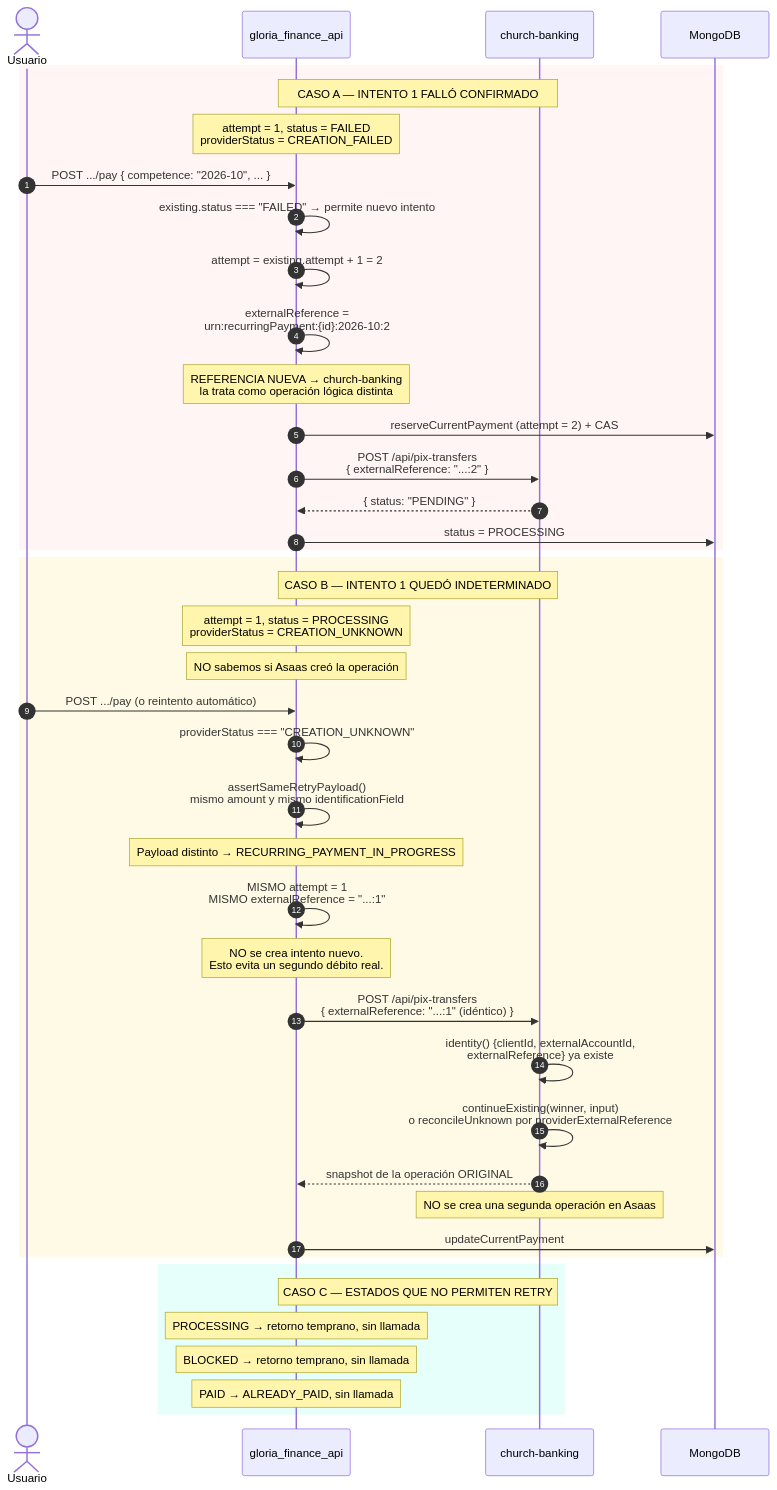
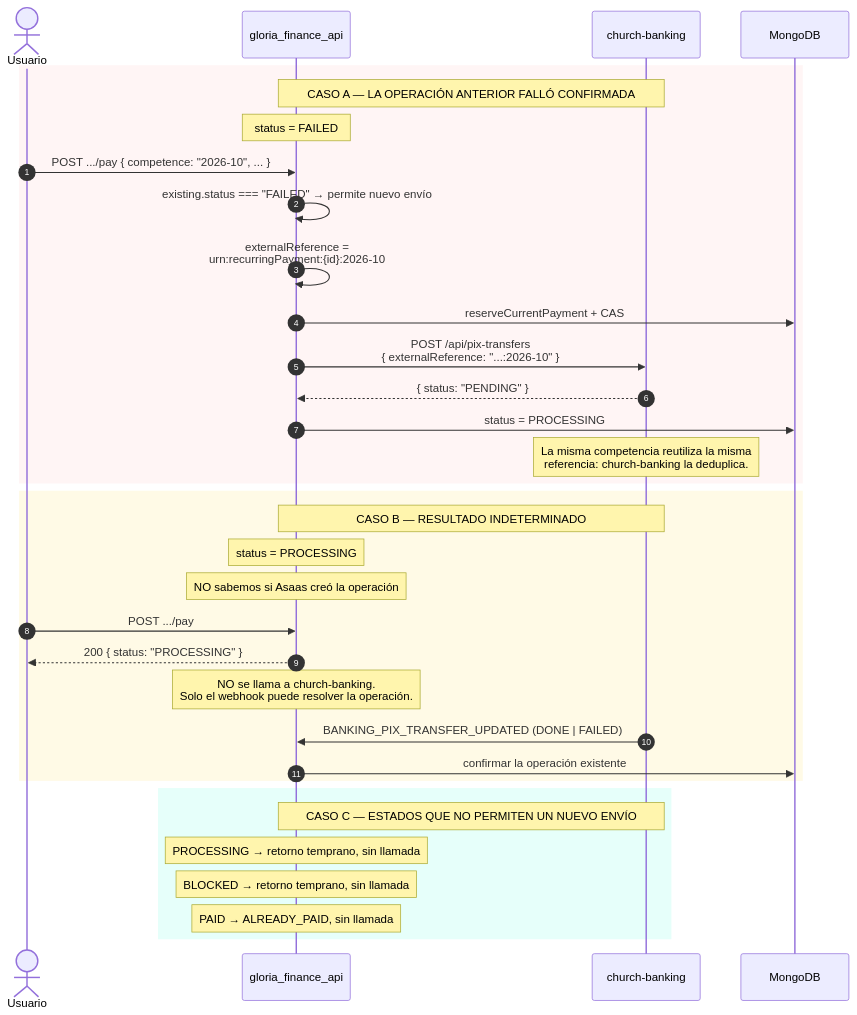
One commit to gloriafinance/gloria_finance_api changed diagram 12 of 18 in docs/recurring-payments-diagrams.md. Above: the diagram before and after it, drawn with Mermaid. The commit also changed other lines of this file and 31 other files, not shown here.

````diff
--- a/docs/recurring-payments-diagrams.md
+++ b/docs/recurring-payments-diagrams.md
@@ -512,52 +547,43 @@
 ```mermaid
 sequenceDiagram
     autonumber
     actor U as Usuario
     participant API as gloria_finance_api
     participant CB as church-banking
     participant DB as MongoDB
 
     rect rgb(255, 245, 245)
-    Note over API,CB: CASO A — INTENTO 1 FALLÓ CONFIRMADO
-    Note over API: attempt = 1, status = FAILED<br/>providerStatus = CREATION_FAILED
+    Note over API,CB: CASO A — LA OPERACIÓN ANTERIOR FALLÓ CONFIRMADA
+    Note over API: status = FAILED
 
     U->>API: POST .../pay { competence: "2026-10", ... }
-    API->>API: existing.status === "FAILED" → permite nuevo intento
-    API->>API: attempt = existing.attempt + 1 = 2
-    API->>API: externalReference =<br/>urn:recurringPayment:{id}:2026-10:2
-    Note over API: REFERENCIA NUEVA → church-banking<br/>la trata como operación lógica distinta
+    API->>API: existing.status === "FAILED" → permite nuevo envío
+    API->>API: externalReference =<br/>urn:recurringPayment:{id}:2026-10
 
-    API->>DB: reserveCurrentPayment (attempt = 2) + CAS
-    API->>CB: POST /api/pix-transfers<br/>{ externalReference: "...:2" }
+    API->>DB: reserveCurrentPayment + CAS
+    API->>CB: POST /api/pix-transfers<br/>{ externalReference: "...:2026-10" }
     CB-->>API: { status: "PENDING" }
     API->>DB: status = PROCESSING
+    Note over CB: La misma competencia reutiliza la misma<br/>referencia: church-banking la deduplica.
     end
 
     rect rgb(255, 250, 230)
-    Note over API,CB: CASO B — INTENTO 1 QUEDÓ INDETERMINADO
-    Note over API: attempt = 1, status = PROCESSING<br/>providerStatus = CREATION_UNKNOWN
+    Note over API,CB: CASO B — RESULTADO INDETERMINADO
+    Note over API: status = PROCESSING
     Note over API: NO sabemos si Asaas creó la operación
 
-    U->>API: POST .../pay (o reintento automático)
-    API->>API: providerStatus === "CREATION_UNKNOWN"
-    API->>API: assertSameRetryPayload()<br/>mismo amount y mismo identificationField
-    Note over API: Payload distinto → RECURRING_PAYMENT_IN_PROGRESS
+    U->>API: POST .../pay
+    API-->>U: 200 { status: "PROCESSING" }
+    Note over API: NO se llama a church-banking.<br/>Solo el webhook puede resolver la operación.
 
-    API->>API: MISMO attempt = 1<br/>MISMO externalReference = "...:1"
-    Note over API: NO se crea intento nuevo.<br/>Esto evita un segundo débito real.
-
-    API->>CB: POST /api/pix-transfers<br/>{ externalReference: "...:1" (idéntico) }
-    CB->>CB: identity() {clientId, externalAccountId,<br/>externalReference} ya existe
-    CB->>CB: continueExisting(winner, input)<br/>o reconcileUnknown por providerExternalReference
-    CB-->>API: snapshot de la operación ORIGINAL
-    Note over CB: NO se crea una segunda operación en Asaas
-    API->>DB: updateCurrentPayment
+    CB->>API: BANKING_PIX_TRANSFER_UPDATED (DONE | FAILED)
+    API->>DB: confirmar la operación existente
     end
 
     rect rgb(230, 255, 250)
-    Note over API,CB: CASO C — ESTADOS QUE NO PERMITEN RETRY
+    Note over API,CB: CASO C — ESTADOS QUE NO PERMITEN UN NUEVO ENVÍO
     Note over API: PROCESSING  → retorno temprano, sin llamada
     Note over API: BLOCKED     → retorno temprano, sin llamada
     Note over API: PAID        → ALREADY_PAID, sin llamada
     end
 ```
````
